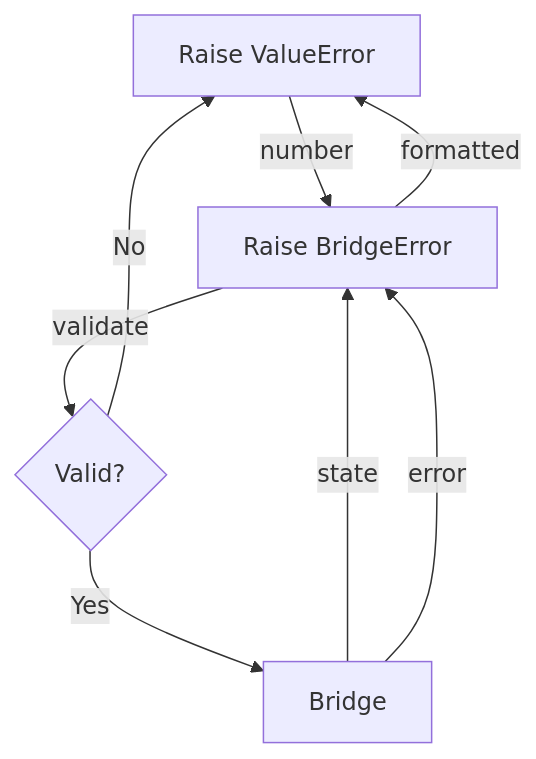
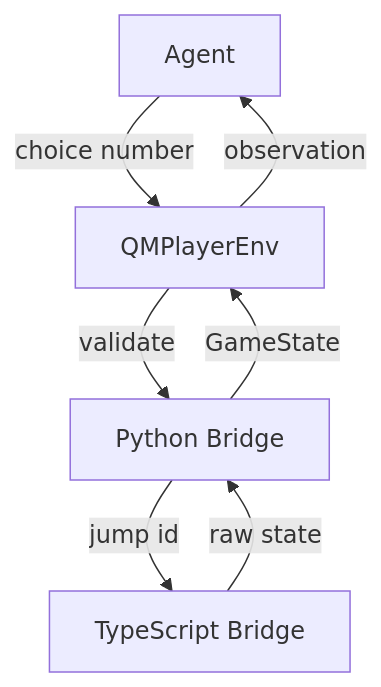
One commit to yourconscience/llm_quest_benchmark changed the diagram in docs/qm_simplified_workflow.md. Above: the diagram before and after it, drawn with Mermaid. The commit also changed other lines of this file and 9 other files, not shown here.

Commit message:
Refactor QM workflow to use TypeScript bridge as single source of truth

````diff
--- a/docs/qm_simplified_workflow.md
+++ b/docs/qm_simplified_workflow.md
@@ -54,10 +51,9 @@
 ```mermaid
 flowchart TD
-    Agent -->|number| Env
-    Env -->|validate| Error{Valid?}
-    Error -->|No| Agent[Raise ValueError]
-    Error -->|Yes| Bridge
-    Bridge -->|state| Env
-    Bridge -->|error| Env[Raise BridgeError]
-    Env -->|formatted| Agent
+    Agent[Agent] -->|choice number| Env[QMPlayerEnv]
+    Env -->|validate| Bridge[Python Bridge]
+    Bridge -->|jump id| TS[TypeScript Bridge]
+    TS -->|raw state| Bridge
+    Bridge -->|GameState| Env
+    Env -->|observation| Agent
 ```
````
